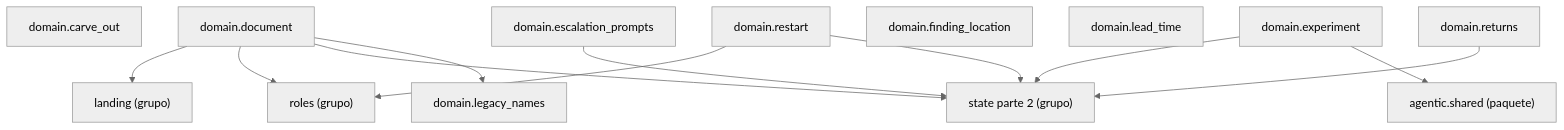
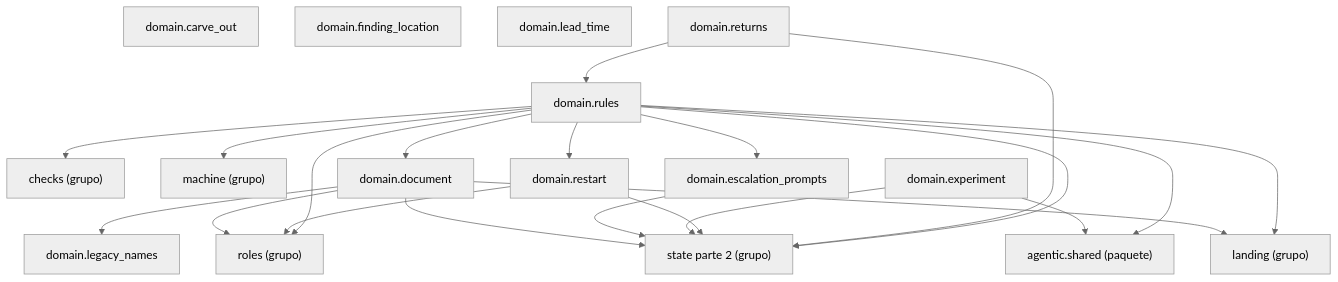
One commit to GonzaloZevallos/agentic-system changed the diagram in docs/architecture/generated/packages-process-domain-state-1.md. Above: the diagram before and after it, drawn with Mermaid (neutral theme). The commit also changed 12 other files, not shown here.

Commit message:
Keep times_for out of the measurement domain page, which is at its edge budget, and commit the regenerated architecture pages

````diff
--- a/docs/architecture/generated/packages-process-domain-state-1.md
+++ b/docs/architecture/generated/packages-process-domain-state-1.md
@@ -12,26 +12,39 @@
 ```mermaid
 graph TD
+    g_domain__checks["checks (grupo)"]
     g_domain__landing["landing (grupo)"]
+    g_domain__machine["machine (grupo)"]
     g_domain__roles["roles (grupo)"]
     g_domain__state__2["state parte 2 (grupo)"]
     g_pkg__agentic__shared["agentic.shared (paquete)"]
     m_domain__carve_out["domain.carve_out"]
     m_domain__document["domain.document"]
     m_domain__escalation_prompts["domain.escalation_prompts"]
     m_domain__experiment["domain.experiment"]
     m_domain__finding_location["domain.finding_location"]
     m_domain__lead_time["domain.lead_time"]
     m_domain__legacy_names["domain.legacy_names"]
     m_domain__restart["domain.restart"]
     m_domain__returns["domain.returns"]
+    m_domain__rules["domain.rules"]
     m_domain__document --> g_domain__landing
     m_domain__document --> g_domain__roles
     m_domain__document --> g_domain__state__2
     m_domain__document --> m_domain__legacy_names
     m_domain__escalation_prompts --> g_domain__state__2
     m_domain__experiment --> g_domain__state__2
     m_domain__experiment --> g_pkg__agentic__shared
     m_domain__restart --> g_domain__roles
     m_domain__restart --> g_domain__state__2
     m_domain__returns --> g_domain__state__2
+    m_domain__returns --> m_domain__rules
+    m_domain__rules --> g_domain__checks
+    m_domain__rules --> g_domain__landing
+    m_domain__rules --> g_domain__machine
+    m_domain__rules --> g_domain__roles
+    m_domain__rules --> g_domain__state__2
+    m_domain__rules --> g_pkg__agentic__shared
+    m_domain__rules --> m_domain__document
+    m_domain__rules --> m_domain__escalation_prompts
+    m_domain__rules --> m_domain__restart
 ```
````
